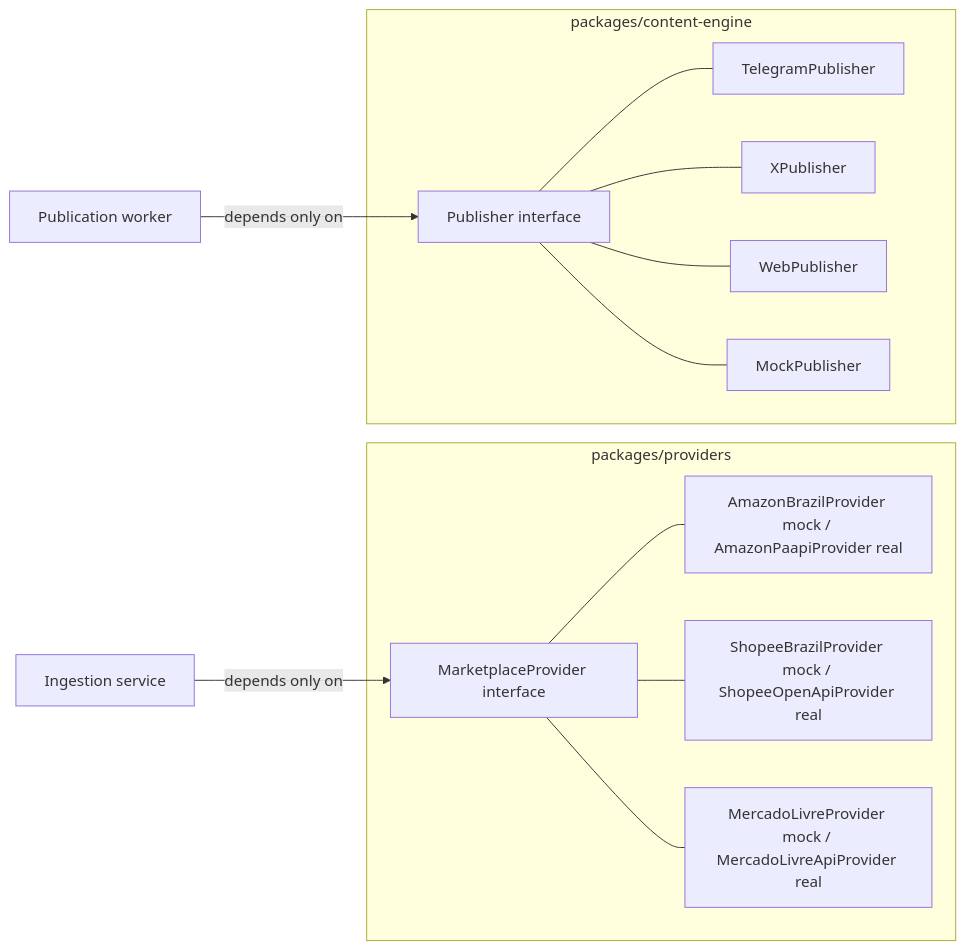
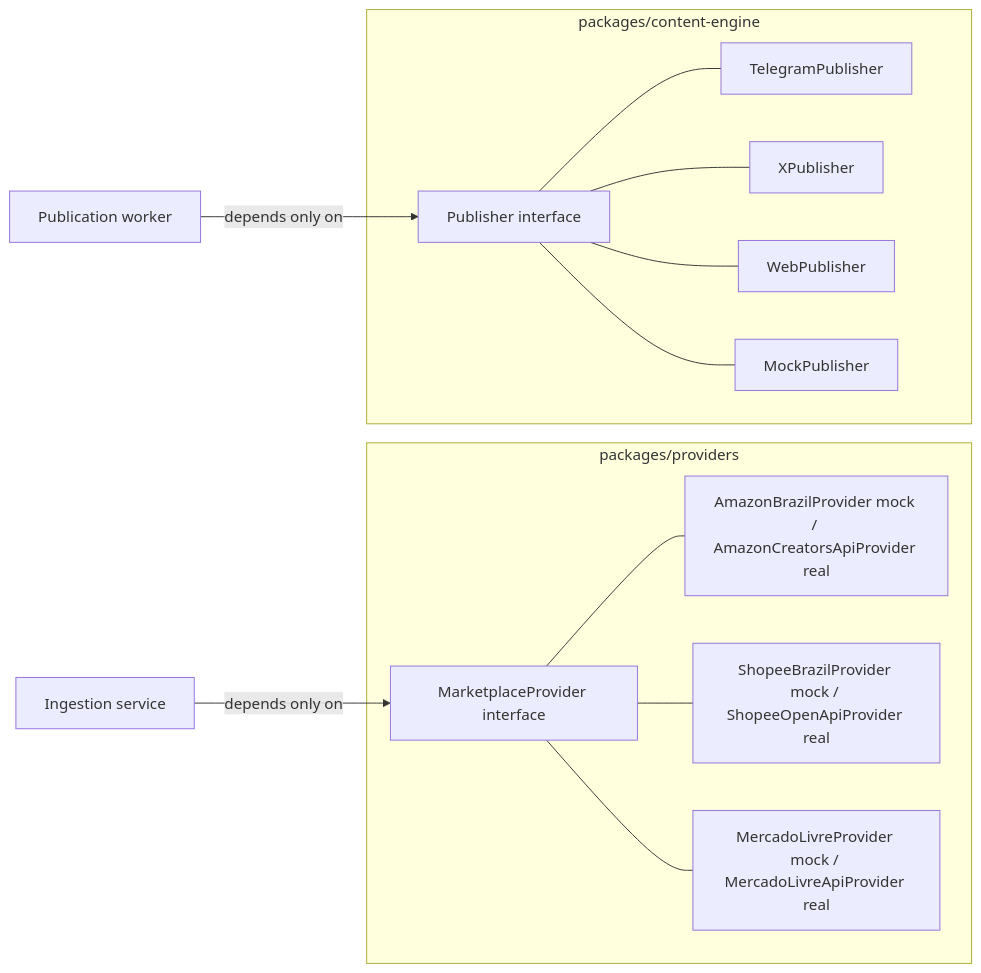
The diagram in docs/providers.md (David-Ackerman/dev-das-promos), drawn with Mermaid before and after one commit. The commit also changed other lines of this file and 154 other files, not shown here.

````diff
--- a/docs/providers.md
+++ b/docs/providers.md
@@ -7,27 +7,27 @@
 ```mermaid
 flowchart LR
     subgraph "packages/providers"
         MP[MarketplaceProvider interface]
-        AMZ[AmazonBrazilProvider mock / AmazonPaapiProvider real]
+        AMZ[AmazonBrazilProvider mock / AmazonCreatorsApiProvider real]
         SHO[ShopeeBrazilProvider mock / ShopeeOpenApiProvider real]
         MLV[MercadoLivreProvider mock / MercadoLivreApiProvider real]
         MP --- AMZ
         MP --- SHO
         MP --- MLV
     end
 
     subgraph "packages/content-engine"
         PUB[Publisher interface]
         TG[TelegramPublisher]
         XP[XPublisher]
         WP[WebPublisher]
         MOCK[MockPublisher]
         PUB --- TG
         PUB --- XP
         PUB --- WP
         PUB --- MOCK
     end
 
     ING[Ingestion service] -->|depends only on| MP
     PUBWORKER[Publication worker] -->|depends only on| PUB
 ```
````
